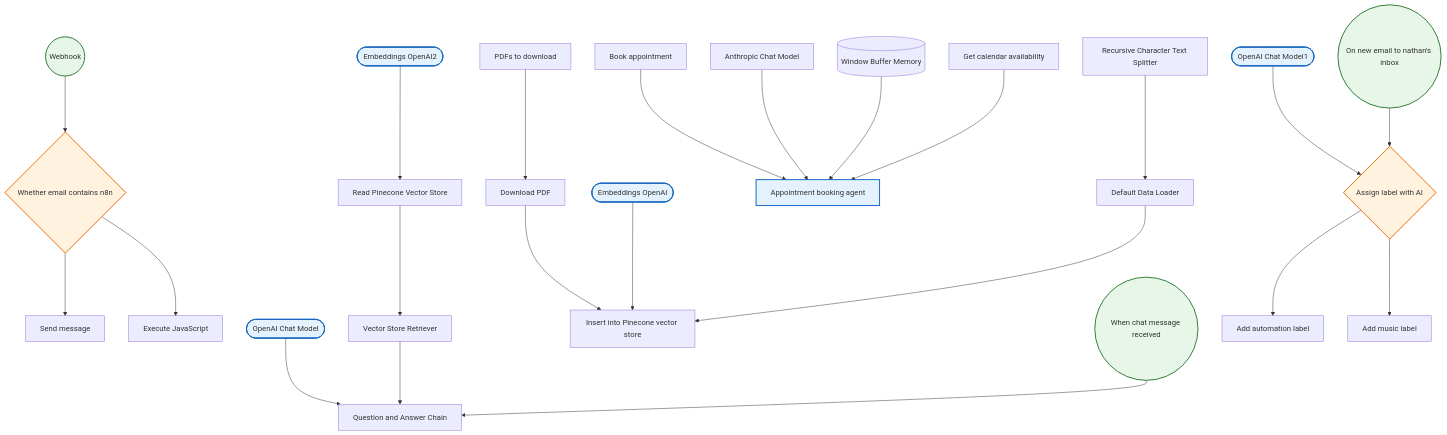
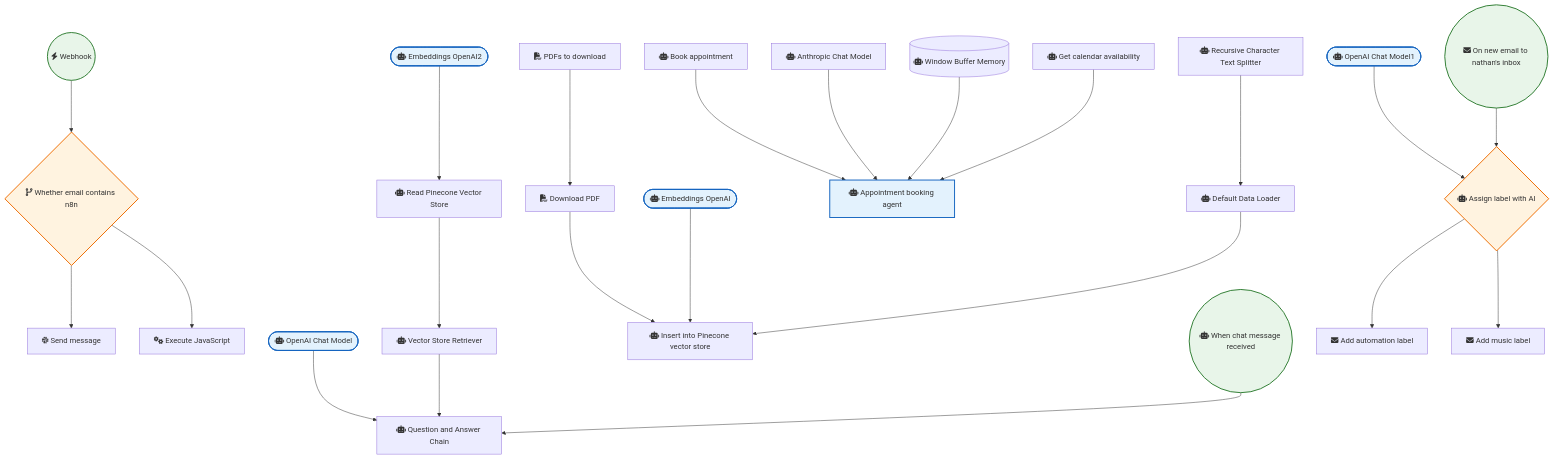
The diagram in OpenAI_and_LLMs/Advanced Ai Demo Presented At Ai Developers 14 Meetup.md (sreyash3105/N8N-DEMO-AUTOMATIONS), drawn with Mermaid before and after one commit. The commit also changed 291 other files, not shown here.

````diff
--- a/OpenAI_and_LLMs/Advanced Ai Demo Presented At Ai Developers 14 Meetup.md
+++ b/OpenAI_and_LLMs/Advanced Ai Demo Presented At Ai Developers 14 Meetup.md
@@ -1,55 +1,55 @@
 ```mermaid
 graph TD
     classDef trigger fill:#e8f5e9,stroke:#2e7d32,stroke-width:2px;
     classDef ai fill:#e3f2fd,stroke:#1565c0,stroke-width:2px;
     classDef logic fill:#fff3e0,stroke:#ef6c00,stroke-width:2px;
 
-    Send_message["Send message"]
-    Execute_JavaScript["Execute JavaScript"]
-    Recursive_Character_Text_Splitter["Recursive Character Text Splitter"]
-    Embeddings_OpenAI(["Embeddings OpenAI"]):::ai
-    Default_Data_Loader["Default Data Loader"]
-    OpenAI_Chat_Model(["OpenAI Chat Model"]):::ai
-    Embeddings_OpenAI2(["Embeddings OpenAI2"]):::ai
-    Vector_Store_Retriever["Vector Store Retriever"]
-    Download_PDF["Download PDF"]
-    PDFs_to_download["PDFs to download"]
-    Read_Pinecone_Vector_Store["Read Pinecone Vector Store"]
-    Question_and_Answer_Chain["Question and Answer Chain"]
-    Anthropic_Chat_Model["Anthropic Chat Model"]
-    Get_calendar_availability["Get calendar availability"]
-    Appointment_booking_agent["Appointment booking agent"]:::ai
-    Window_Buffer_Memory[("Window Buffer Memory")]
-    Insert_into_Pinecone_vector_store["Insert into Pinecone vector store"]
-    Book_appointment["Book appointment"]
-    When_chat_message_received(("When chat message received")):::trigger
-    OpenAI_Chat_Model1(["OpenAI Chat Model1"]):::ai
-    Add_automation_label["Add automation label"]
-    On_new_email_to_nathan_s_inbox(("On new email to nathan's inbox")):::trigger
-    Add_music_label["Add music label"]
-    Assign_label_with_AI{"Assign label with AI"}:::logic
-    Webhook(("Webhook")):::trigger
-    Whether_email_contains_n8n{"Whether email contains n8n"}:::logic
+    Send_message["fab:fa-slack Send message"]
+    Execute_JavaScript["fas:fa-cogs Execute JavaScript"]
+    Recursive_Character_Text_Splitter["fas:fa-robot Recursive Character Text Splitter"]
+    Embeddings_OpenAI(["fas:fa-robot Embeddings OpenAI"]):::ai
+    Default_Data_Loader["fas:fa-robot Default Data Loader"]
+    OpenAI_Chat_Model(["fas:fa-robot OpenAI Chat Model"]):::ai
+    Embeddings_OpenAI2(["fas:fa-robot Embeddings OpenAI2"]):::ai
+    Vector_Store_Retriever["fas:fa-robot Vector Store Retriever"]
+    Download_PDF["fas:fa-file-pdf Download PDF"]
+    PDFs_to_download["fas:fa-file-pdf PDFs to download"]
+    Read_Pinecone_Vector_Store["fas:fa-robot Read Pinecone Vector Store"]
+    Question_and_Answer_Chain["fas:fa-robot Question and Answer Chain"]
+    Anthropic_Chat_Model["fas:fa-robot Anthropic Chat Model"]
+    Get_calendar_availability["fas:fa-robot Get calendar availability"]
+    Appointment_booking_agent["fas:fa-robot Appointment booking agent"]:::ai
+    Window_Buffer_Memory[("fas:fa-robot Window Buffer Memory")]
+    Insert_into_Pinecone_vector_store["fas:fa-robot Insert into Pinecone vector store"]
+    Book_appointment["fas:fa-robot Book appointment"]
+    When_chat_message_received(("fas:fa-robot When chat message received")):::trigger
+    OpenAI_Chat_Model1(["fas:fa-robot OpenAI Chat Model1"]):::ai
+    Add_automation_label["fas:fa-envelope Add automation label"]
+    On_new_email_to_nathan_s_inbox(("fas:fa-envelope On new email to nathan's inbox")):::trigger
+    Add_music_label["fas:fa-envelope Add music label"]
+    Assign_label_with_AI{"fas:fa-robot Assign label with AI"}:::logic
+    Webhook(("fas:fa-bolt Webhook")):::trigger
+    Whether_email_contains_n8n{"fas:fa-code-branch Whether email contains n8n"}:::logic
 
     Webhook --> Whether_email_contains_n8n
     Download_PDF --> Insert_into_Pinecone_vector_store
     Book_appointment --> Appointment_booking_agent
     PDFs_to_download --> Download_PDF
     Embeddings_OpenAI --> Insert_into_Pinecone_vector_store
     OpenAI_Chat_Model --> Question_and_Answer_Chain
     Embeddings_OpenAI2 --> Read_Pinecone_Vector_Store
     OpenAI_Chat_Model1 --> Assign_label_with_AI
     Default_Data_Loader --> Insert_into_Pinecone_vector_store
     Anthropic_Chat_Model --> Appointment_booking_agent
     Assign_label_with_AI --> Add_automation_label
     Assign_label_with_AI --> Add_music_label
     Window_Buffer_Memory --> Appointment_booking_agent
     Vector_Store_Retriever --> Question_and_Answer_Chain
     Get_calendar_availability --> Appointment_booking_agent
     Read_Pinecone_Vector_Store --> Vector_Store_Retriever
     When_chat_message_received --> Question_and_Answer_Chain
     Whether_email_contains_n8n --> Execute_JavaScript
     Whether_email_contains_n8n --> Send_message
     On_new_email_to_nathan_s_inbox --> Assign_label_with_AI
     Recursive_Character_Text_Splitter --> Default_Data_Loader
 ```
````
